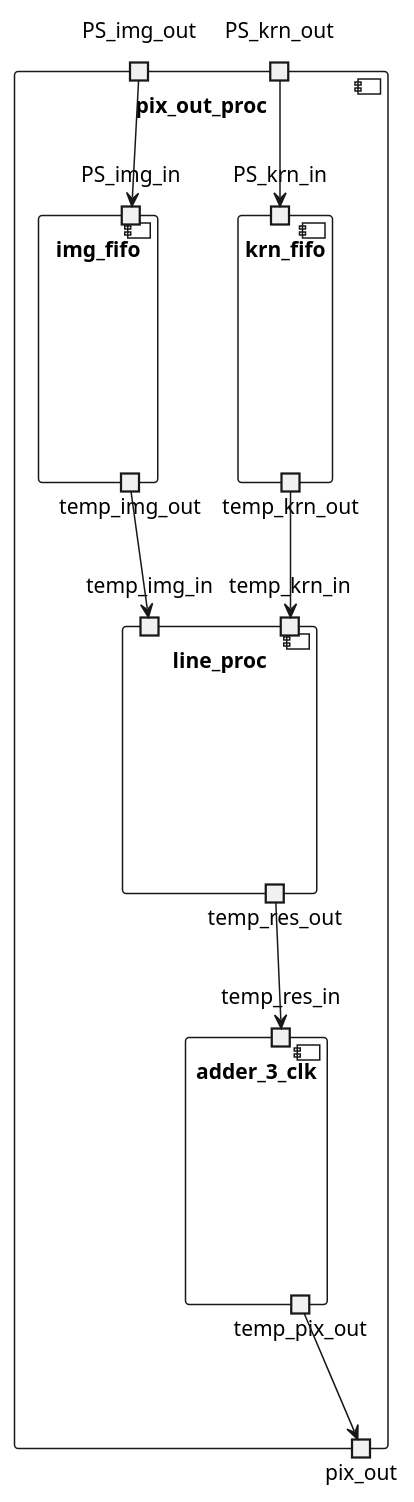
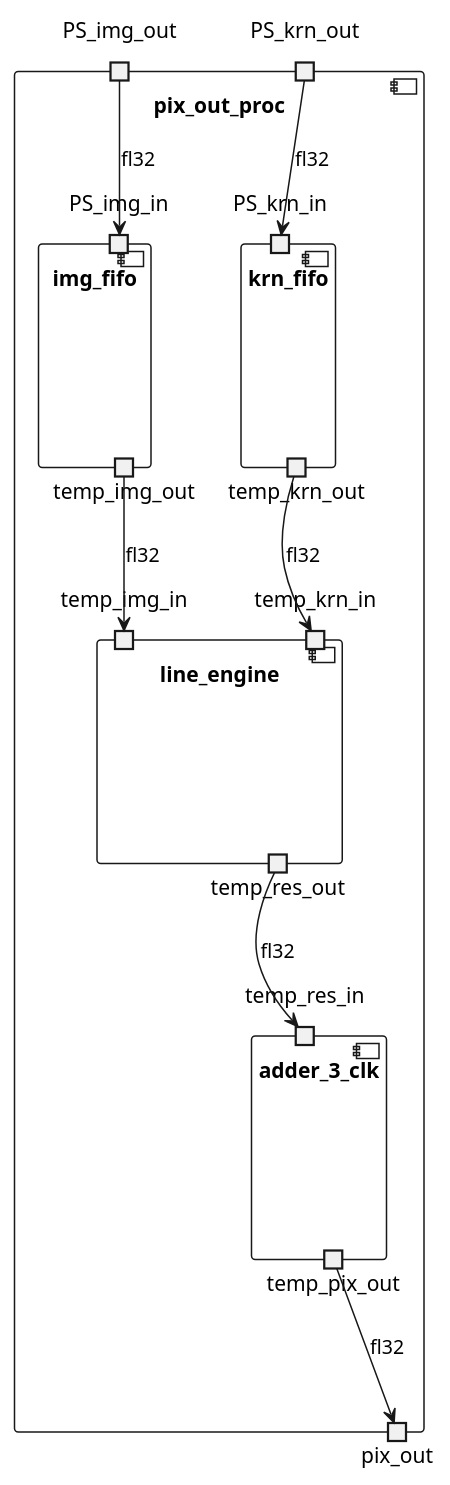
The fourth of 6 diagrams in A-Eye_FPGA/diagrams/archi_v2.plantuml (ngisedsysle/A-Eye), drawn with PlantUML before and after one commit. The commit also changed other lines of this file, not shown here.

```diff
--- a/A-Eye_FPGA/diagrams/archi_v2.plantuml
+++ b/A-Eye_FPGA/diagrams/archi_v2.plantuml
@@ -88,31 +114,31 @@
 @startuml pix_out_proc
 component pix_out_proc{
     portin PS_img_out
     portin PS_krn_out
     portout pix_out
     component img_fifo{
         portin PS_img_in
         portout temp_img_out
     }
-    PS_img_out --> PS_img_in
+    PS_img_out --> PS_img_in : fl32
     component krn_fifo{
         portin PS_krn_in
         portout temp_krn_out
     }
-    PS_krn_out --> PS_krn_in
-    component line_proc{
+    PS_krn_out --> PS_krn_in : fl32
+    component line_engine{
         portin temp_img_in
         portin temp_krn_in
         portout temp_res_out
     }
-    temp_img_out --> temp_img_in
-    temp_krn_out --> temp_krn_in
+    temp_img_out --> temp_img_in : fl32
+    temp_krn_out --> temp_krn_in : fl32
     
     component adder_3_clk{
         portin temp_res_in
         portout temp_pix_out
     }
-    temp_res_out --> temp_res_in
-    temp_pix_out --> pix_out
+    temp_res_out --> temp_res_in : fl32
+    temp_pix_out --> pix_out : fl32
 }
 @enduml
```
